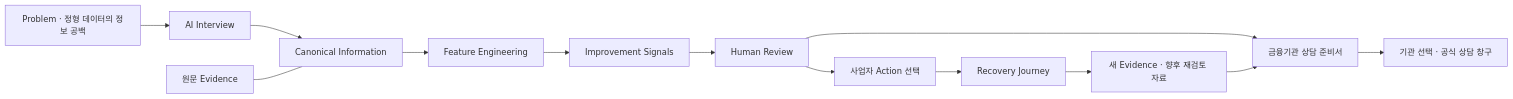
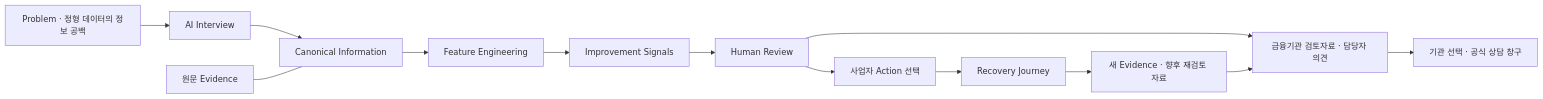
The diagram in README.md (itproanalysis/donghaeng_finance_ai), drawn with Mermaid before and after one commit. The commit also changed other lines of this file and 20 other files, not shown here.

````diff
--- a/README.md
+++ b/README.md
@@ -7,15 +7,15 @@
 ```mermaid
 flowchart LR
     P[Problem · 정형 데이터의 정보 공백] --> I[AI Interview]
     I --> C[Canonical Information]
     E[원문 Evidence] --- C
     C --> F[Feature Engineering]
     F --> S[Improvement Signals]
     S --> H[Human Review]
     H --> A[사업자 Action 선택]
     A --> R[Recovery Journey]
     R --> N[새 Evidence · 향후 재검토 자료]
-    H --> D[금융기관 상담 준비서]
+    H --> D[금융기관 검토자료 · 담당자 의견]
     N --> D
     D --> O[기관 선택 · 공식 상담 창구]
 ```
````
